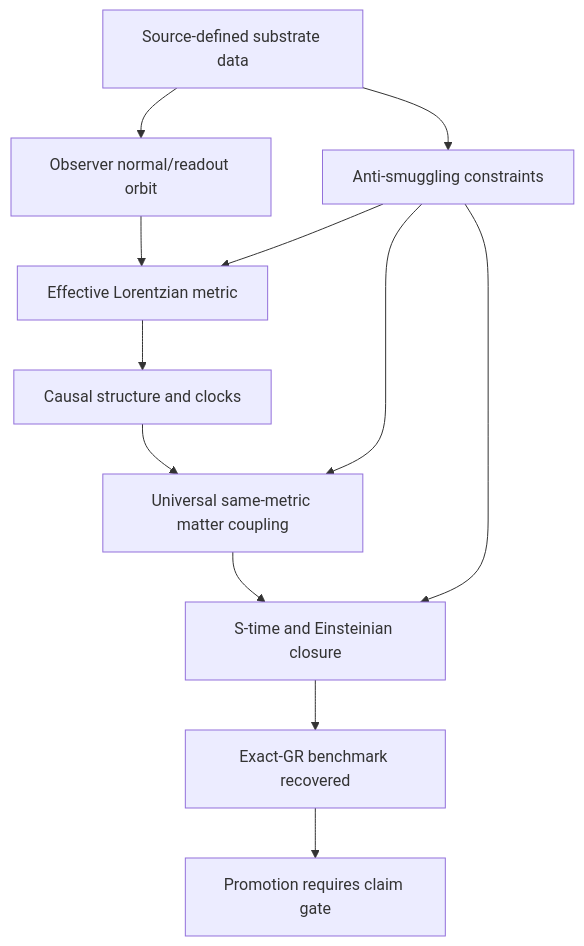
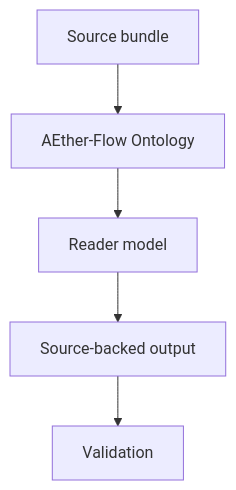
Before and after one commit to AngryOwlAI/The-AEther-Flow: the diagram in github-facing/aether-flow-ontology-explainer.md, drawn with Mermaid. The commit also changed other lines of this file and 197 other files, not shown here.

````diff
--- a/github-facing/aether-flow-ontology-explainer.md
+++ b/github-facing/aether-flow-ontology-explainer.md
@@ -55,14 +16,7 @@
 ```mermaid
 flowchart TD
-  SourceData["Source-defined substrate data"] --> Readout["Observer normal/readout orbit"]
-  Readout --> Metric["Effective Lorentzian metric"]
-  Metric --> Causal["Causal structure and clocks"]
-  Causal --> Matter["Universal same-metric matter coupling"]
-  Matter --> Closure["S-time and Einsteinian closure"]
-  Closure --> ExactGR["Exact-GR benchmark recovered"]
-  SourceData --> AntiSmuggling["Anti-smuggling constraints"]
-  AntiSmuggling --> Metric
-  AntiSmuggling --> Matter
-  AntiSmuggling --> Closure
-  ExactGR --> Gate["Promotion requires claim gate"]
+  A["Source bundle"] --> B["AEther-Flow Ontology"]
+  B["AEther-Flow Ontology"] --> C["Reader model"]
+  C["Reader model"] --> D["Source-backed output"]
+  D["Source-backed output"] --> E["Validation"]
 ```
````
